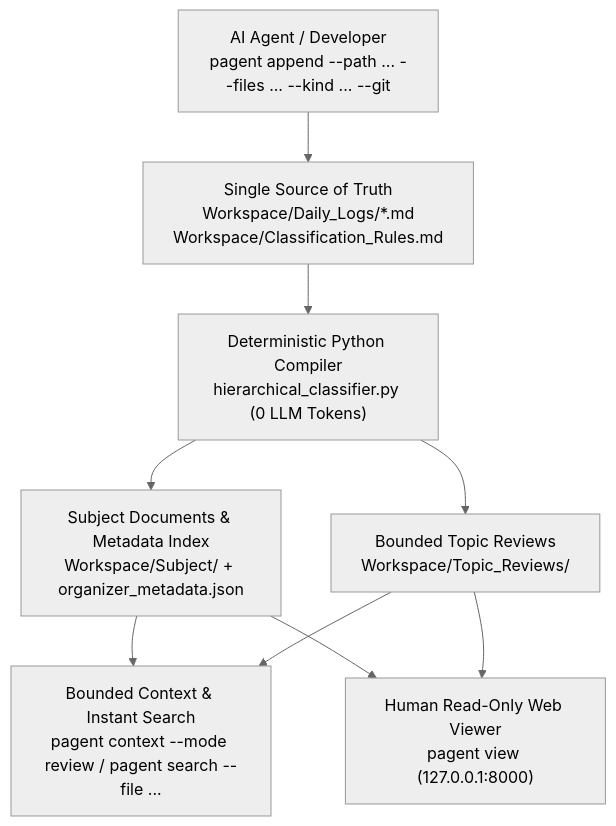
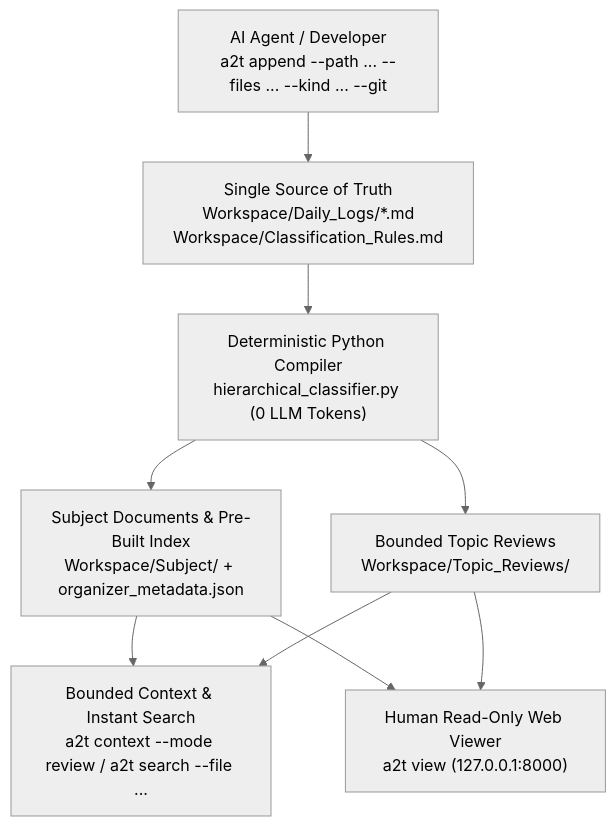
One commit to Rubidius37/Agent2Topic changed the diagram in README.md. Above: the diagram before and after it, drawn with Mermaid (neutral theme). The commit also changed other lines of this file and 17 other files, not shown here.

````diff
--- a/README.md
+++ b/README.md
@@ -19,19 +36,19 @@
 ```mermaid
 flowchart TD
-    A["AI Agent / Developer<br/>pagent append --path ... --files ... --kind ... --git"]
+    A["AI Agent / Developer<br/>a2t append --path ... --files ... --kind ... --git"]
     B["Single Source of Truth<br/>Workspace/Daily_Logs/*.md<br/>Workspace/Classification_Rules.md"]
     C["Deterministic Python Compiler<br/>hierarchical_classifier.py (0 LLM Tokens)"]
-    D["Subject Documents & Metadata Index<br/>Workspace/Subject/ + organizer_metadata.json"]
+    D["Subject Documents & Pre-Built Index<br/>Workspace/Subject/ + organizer_metadata.json"]
     E["Bounded Topic Reviews<br/>Workspace/Topic_Reviews/"]
-    F["Bounded Context & Instant Search<br/>pagent context --mode review / pagent search --file ..."]
-    G["Human Read-Only Web Viewer<br/>pagent view (127.0.0.1:8000)"]
+    F["Bounded Context & Instant Search<br/>a2t context --mode review / a2t search --file ..."]
+    G["Human Read-Only Web Viewer<br/>a2t view (127.0.0.1:8000)"]
 
     A --> B
     B --> C
     C --> D
     C --> E
     D --> F
     E --> F
     D --> G
     E --> G
 ```
````
